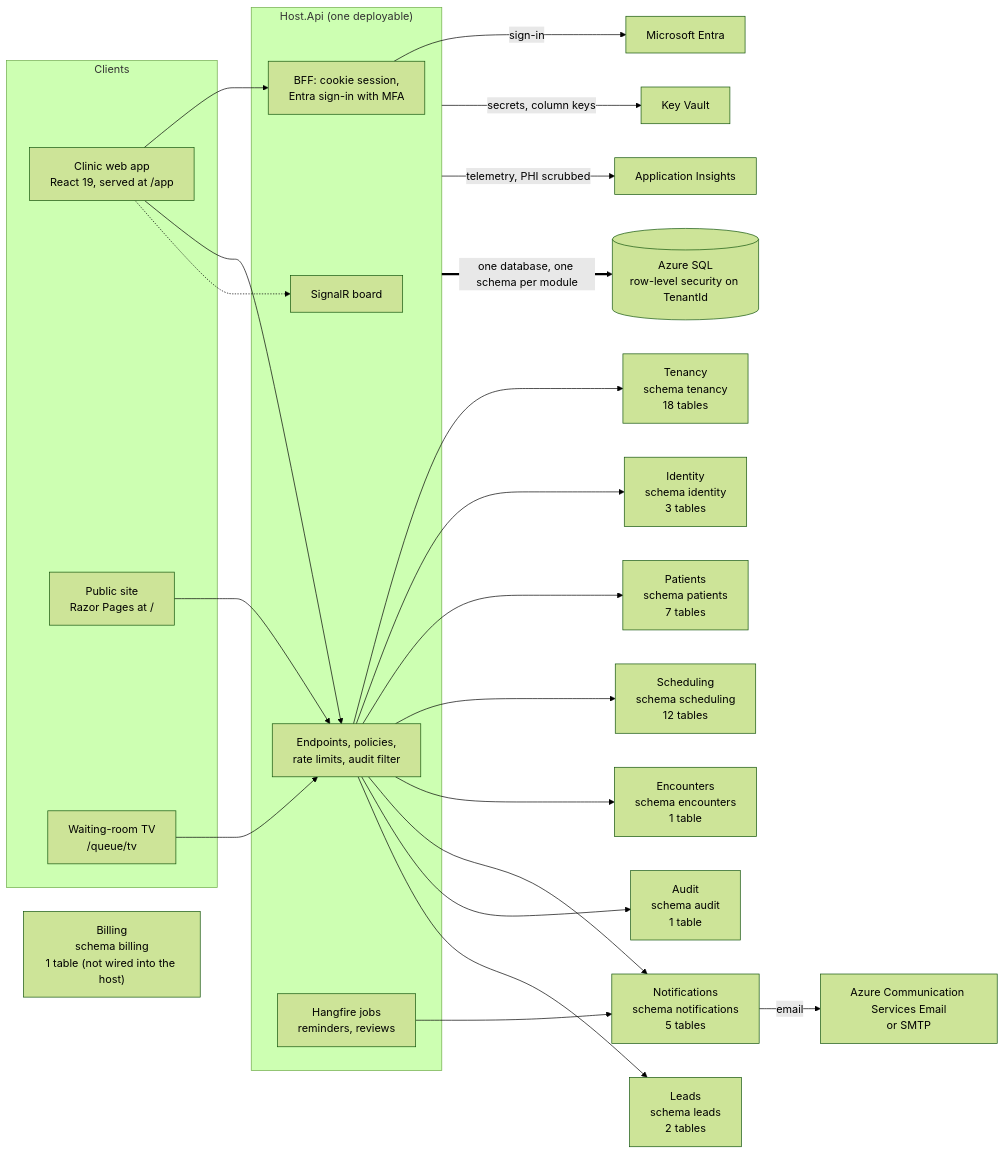
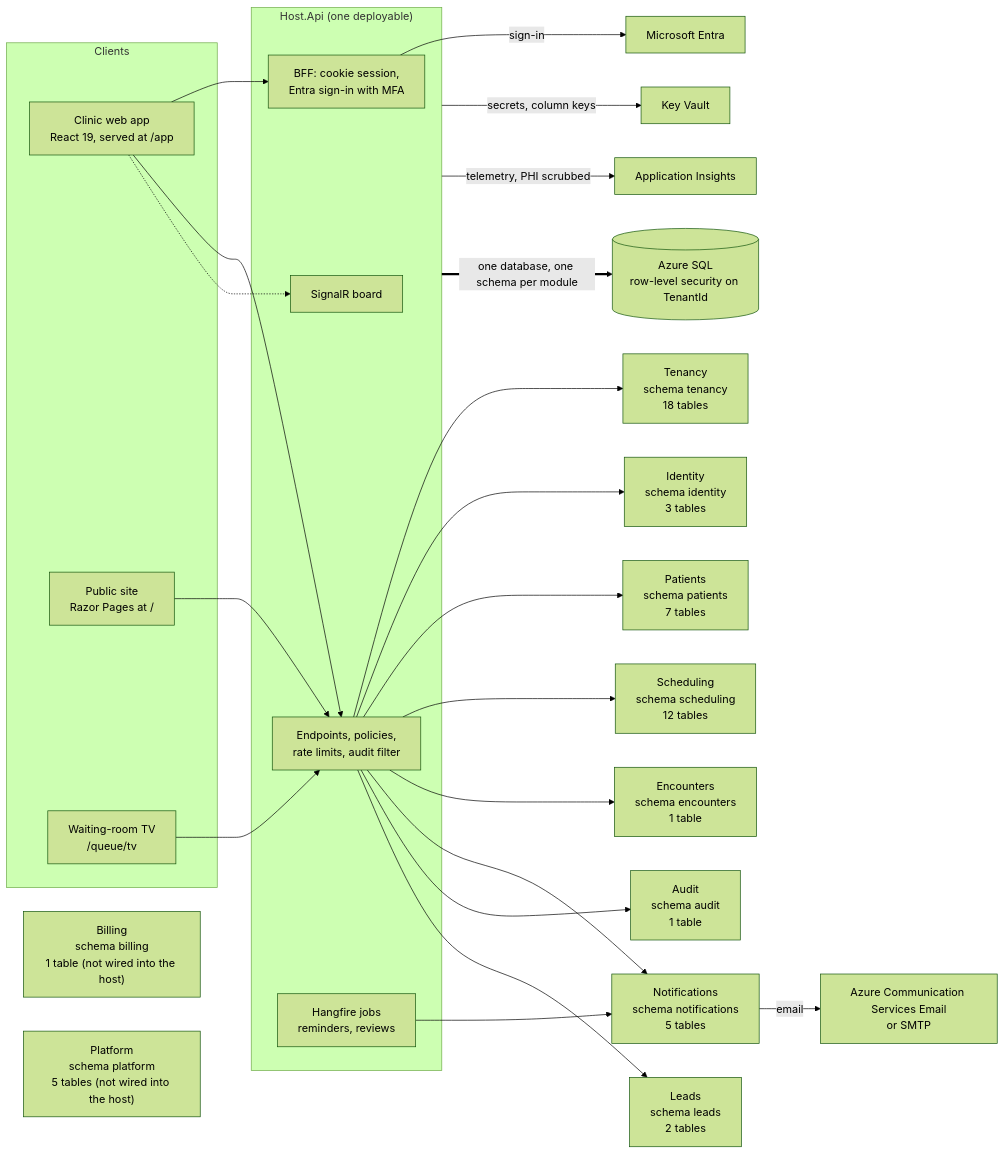
The first of 13 diagrams in docs/03-architecture/erd.md (ALFRED-LUCIFER/medvya), drawn with Mermaid (forest theme) before and after one commit. The commit also changed other lines of this file and 92 other files, not shown here.

````diff
--- a/docs/03-architecture/erd.md
+++ b/docs/03-architecture/erd.md
@@ -15,34 +15,35 @@
 ```mermaid
 flowchart LR
   subgraph Clients
     web["Clinic web app<br/>React 19, served at /app"]
     site["Public site<br/>Razor Pages at /"]
     tv["Waiting-room TV<br/>/queue/tv"]
   end
   subgraph Host["Host.Api (one deployable)"]
     bff["BFF: cookie session,<br/>Entra sign-in with MFA"]
     api["Endpoints, policies,<br/>rate limits, audit filter"]
     hub["SignalR board"]
     jobs["Hangfire jobs<br/>reminders, reviews"]
   end
   web --> bff
   web --> api
   web -.-> hub
   tv --> api
   site --> api
   api --> Tenancy["Tenancy<br/>schema tenancy<br/>18 tables"]
   api --> Identity["Identity<br/>schema identity<br/>3 tables"]
   api --> Patients["Patients<br/>schema patients<br/>7 tables"]
   api --> Scheduling["Scheduling<br/>schema scheduling<br/>12 tables"]
   api --> Encounters["Encounters<br/>schema encounters<br/>1 table"]
   api --> Notifications["Notifications<br/>schema notifications<br/>5 tables"]
   api --> Audit["Audit<br/>schema audit<br/>1 table"]
   api --> Leads["Leads<br/>schema leads<br/>2 tables"]
   Billing["Billing<br/>schema billing<br/>1 table (not wired into the host)"]
+  Platform["Platform<br/>schema platform<br/>5 tables (not wired into the host)"]
   jobs --> Notifications
   bff -->|"sign-in"| entra["Microsoft Entra"]
   Notifications -->|"email"| mail["Azure Communication Services Email<br/>or SMTP"]
   Host -->|"secrets, column keys"| kv["Key Vault"]
   Host -->|"telemetry, PHI scrubbed"| ai["Application Insights"]
   Host ==>|"one database, one schema per module"| sql[("Azure SQL<br/>row-level security on TenantId")]
 ```
````
